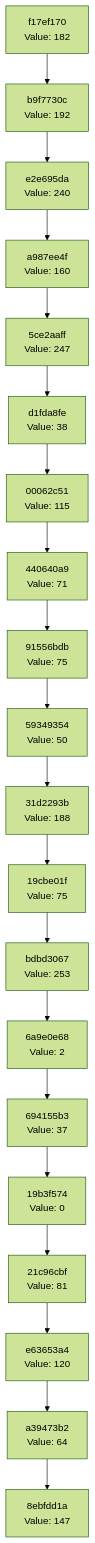
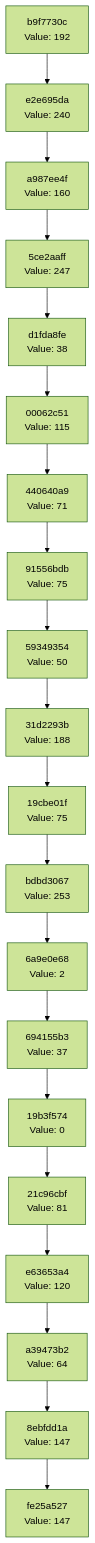
The diagram in docs/CHAIN_VISUALIZATION.md (Abhisheksinha1506/hash-chain-evolver), drawn with Mermaid (forest theme) before and after one commit. The commit also changed 2 other files, not shown here.

Commit message:
Evolution Step

````diff
--- a/docs/CHAIN_VISUALIZATION.md
+++ b/docs/CHAIN_VISUALIZATION.md
@@ -3,42 +3,42 @@
 ```mermaid
 graph TD
-    C0["8ebfdd1a<br/>Value: 147"]
-    C1["a39473b2<br/>Value: 64"]
+    C0["fe25a527<br/>Value: 147"]
+    C1["8ebfdd1a<br/>Value: 147"]
     C1 --> C0
-    C2["e63653a4<br/>Value: 120"]
+    C2["a39473b2<br/>Value: 64"]
     C2 --> C1
-    C3["21c96cbf<br/>Value: 81"]
+    C3["e63653a4<br/>Value: 120"]
     C3 --> C2
-    C4["19b3f574<br/>Value: 0"]
+    C4["21c96cbf<br/>Value: 81"]
     C4 --> C3
-    C5["694155b3<br/>Value: 37"]
+    C5["19b3f574<br/>Value: 0"]
     C5 --> C4
-    C6["6a9e0e68<br/>Value: 2"]
+    C6["694155b3<br/>Value: 37"]
     C6 --> C5
-    C7["bdbd3067<br/>Value: 253"]
+    C7["6a9e0e68<br/>Value: 2"]
     C7 --> C6
-    C8["19cbe01f<br/>Value: 75"]
+    C8["bdbd3067<br/>Value: 253"]
     C8 --> C7
-    C9["31d2293b<br/>Value: 188"]
+    C9["19cbe01f<br/>Value: 75"]
     C9 --> C8
-    C10["59349354<br/>Value: 50"]
+    C10["31d2293b<br/>Value: 188"]
     C10 --> C9
-    C11["91556bdb<br/>Value: 75"]
+    C11["59349354<br/>Value: 50"]
     C11 --> C10
-    C12["440640a9<br/>Value: 71"]
+    C12["91556bdb<br/>Value: 75"]
     C12 --> C11
-    C13["00062c51<br/>Value: 115"]
+    C13["440640a9<br/>Value: 71"]
     C13 --> C12
-    C14["d1fda8fe<br/>Value: 38"]
+    C14["00062c51<br/>Value: 115"]
     C14 --> C13
-    C15["5ce2aaff<br/>Value: 247"]
+    C15["d1fda8fe<br/>Value: 38"]
     C15 --> C14
-    C16["a987ee4f<br/>Value: 160"]
+    C16["5ce2aaff<br/>Value: 247"]
     C16 --> C15
-    C17["e2e695da<br/>Value: 240"]
+    C17["a987ee4f<br/>Value: 160"]
     C17 --> C16
-    C18["b9f7730c<br/>Value: 192"]
+    C18["e2e695da<br/>Value: 240"]
     C18 --> C17
-    C19["f17ef170<br/>Value: 182"]
+    C19["b9f7730c<br/>Value: 192"]
     C19 --> C18
 ```
````
